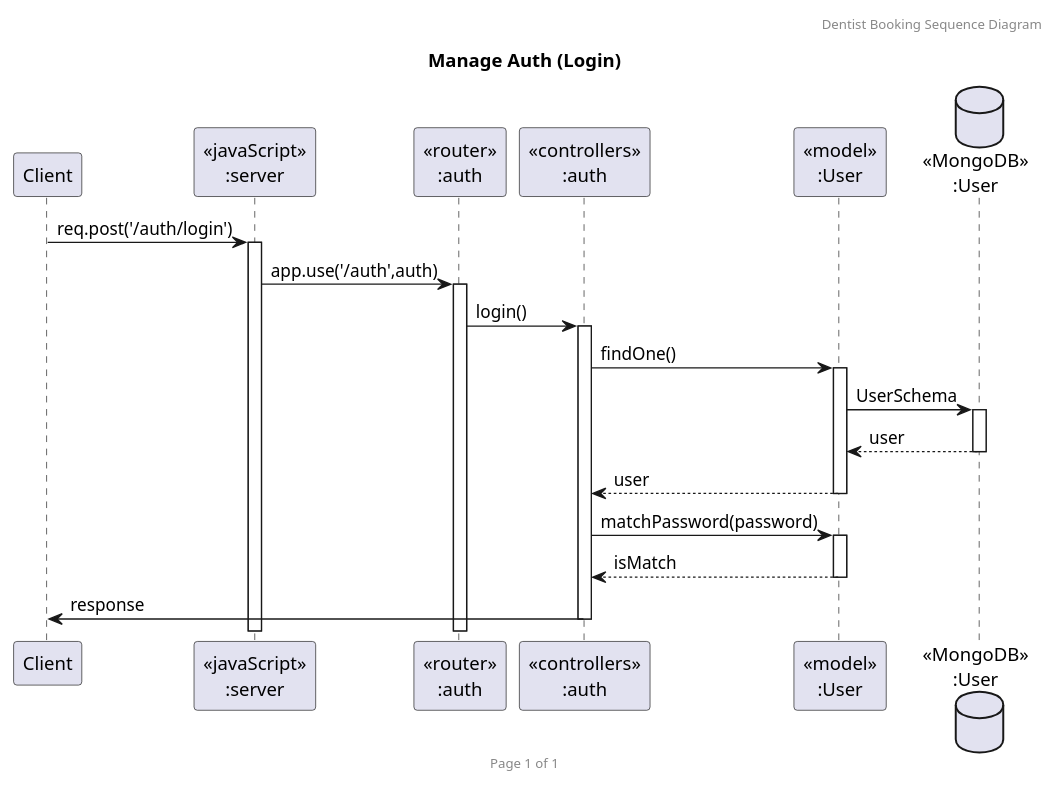
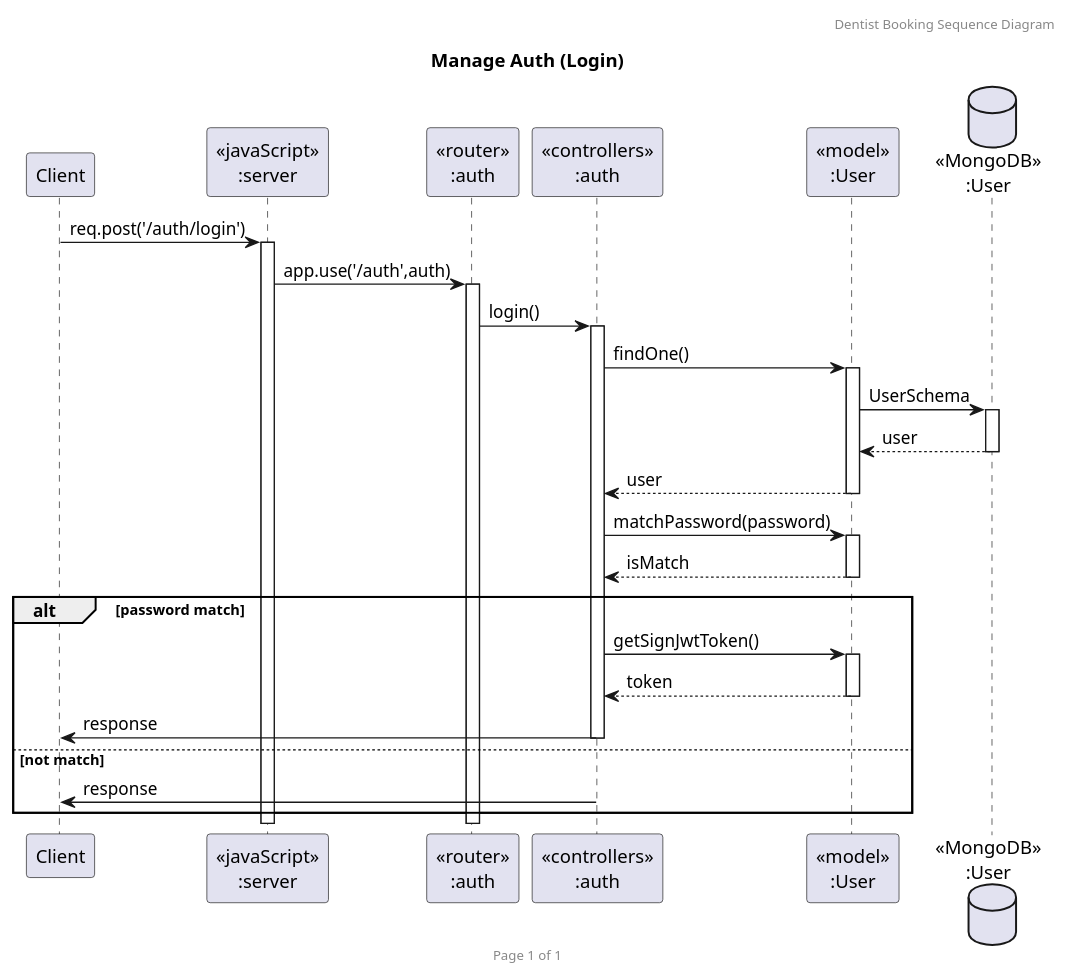
One commit to KoalaMuch/DentistBooking changed the diagram in doc/sequence_diagram/Login.puml. Above: the diagram before and after it, drawn with PlantUML. The commit also changed 1 other file, not shown here.

Commit message:
fix seq diagram

```diff
--- a/doc/sequence_diagram/Login.puml
+++ b/doc/sequence_diagram/Login.puml
@@ -1,25 +1,31 @@
 @startuml Manage Auth (Login)
 
 header Dentist Booking Sequence Diagram
 footer Page %page% of %lastpage%
 title "Manage Auth (Login)"
 
 participant "Client" as client
 participant "<<javaScript>>\n:server" as server
 participant "<<router>>\n:auth" as routerAuth
 participant "<<controllers>>\n:auth" as controllersAuth
 participant "<<model>>\n:User" as modelUser
 database "<<MongoDB>>\n:User" as UsersDatabase
 
 client->server ++:req.post('/auth/login')
 server->routerAuth ++:app.use('/auth',auth)
 routerAuth -> controllersAuth ++:login()
 controllersAuth->modelUser ++:findOne()
 modelUser ->UsersDatabase ++: UserSchema
 UsersDatabase --> modelUser --: user
 controllersAuth <-- modelUser --:user
 controllersAuth->modelUser ++:matchPassword(password)
 controllersAuth <-- modelUser --:isMatch
-controllersAuth->client --:response
+alt password match
+    controllersAuth->modelUser ++:getSignJwtToken()
+    controllersAuth <-- modelUser --:token
+    controllersAuth->client --:response
+else not match
+    controllersAuth->client --:response
+end
 
 @enduml
```
